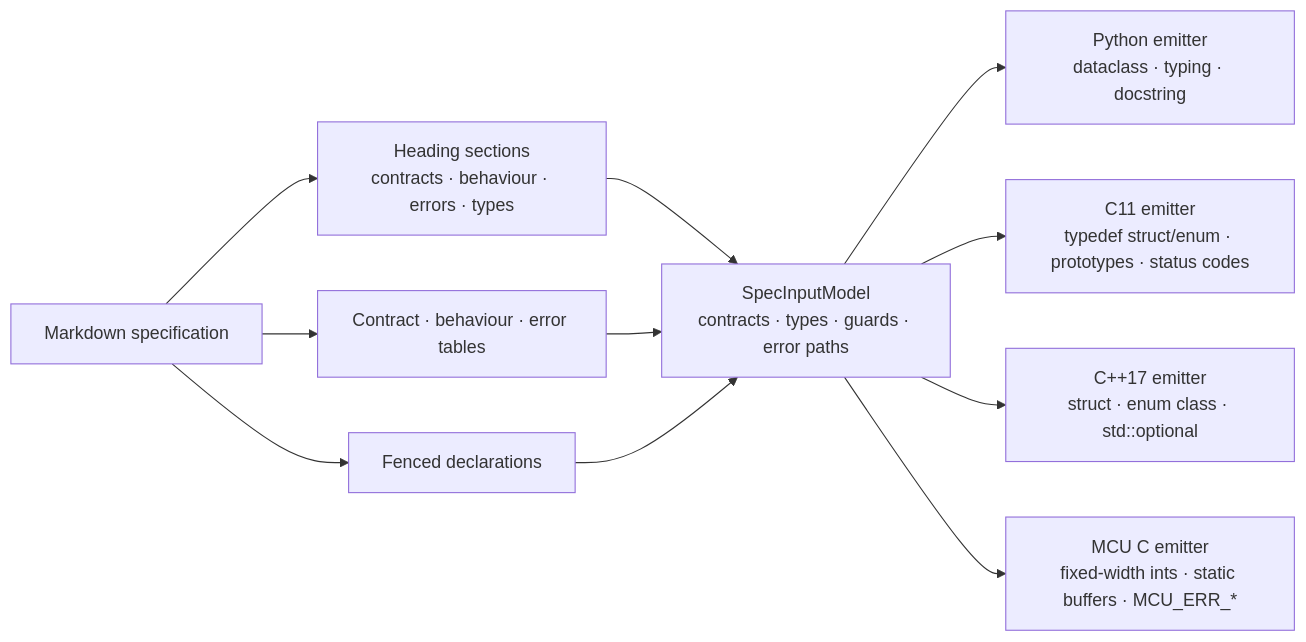
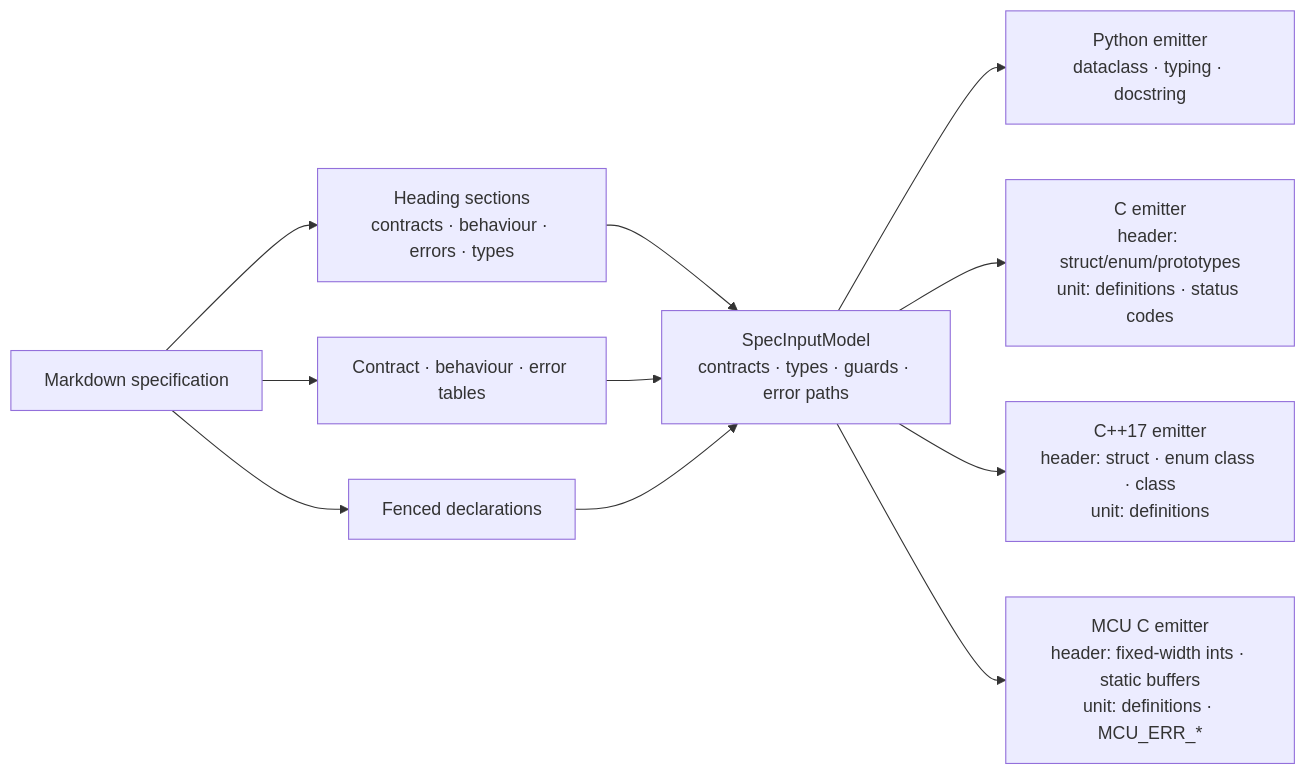
The fourth of 9 diagrams in ARCHITECTURE.md (HyangDan2/ADOP0001), drawn with Mermaid before and after one commit. The commit also changed other lines of this file and 5 other files, not shown here.

````diff
--- a/ARCHITECTURE.md
+++ b/ARCHITECTURE.md
@@ -246,13 +271,13 @@
 ```mermaid
 flowchart LR
   SPEC[Markdown specification] --> HEAD[Heading sections<br/>contracts · behaviour · errors · types]
   SPEC --> TABLE[Contract · behaviour · error tables]
   SPEC --> FENCE[Fenced declarations]
   HEAD --> MODEL[SpecInputModel<br/>contracts · types · guards · error paths]
   TABLE --> MODEL
   FENCE --> MODEL
   MODEL --> PY[Python emitter<br/>dataclass · typing · docstring]
-  MODEL --> C[C11 emitter<br/>typedef struct/enum · prototypes · status codes]
-  MODEL --> CPP[C++17 emitter<br/>struct · enum class · std::optional]
-  MODEL --> MCU[MCU C emitter<br/>fixed-width ints · static buffers · MCU_ERR_*]
+  MODEL --> C[C emitter<br/>header: struct/enum/prototypes<br/>unit: definitions · status codes]
+  MODEL --> CPP[C++17 emitter<br/>header: struct · enum class · class<br/>unit: definitions]
+  MODEL --> MCU[MCU C emitter<br/>header: fixed-width ints · static buffers<br/>unit: definitions · MCU_ERR_*]
 ```
````
